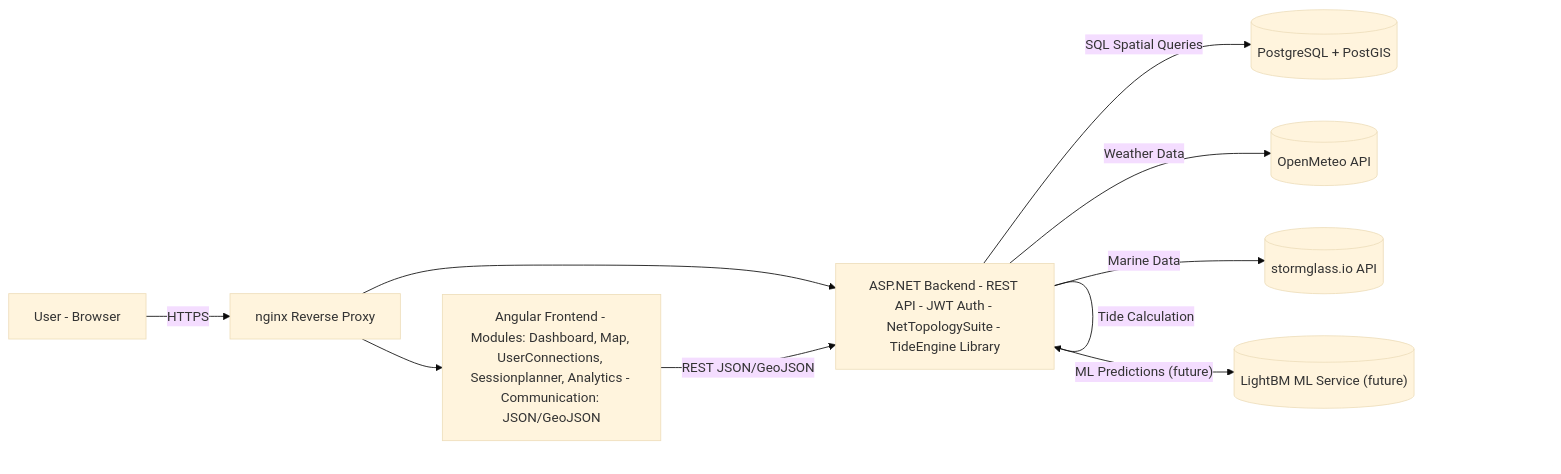
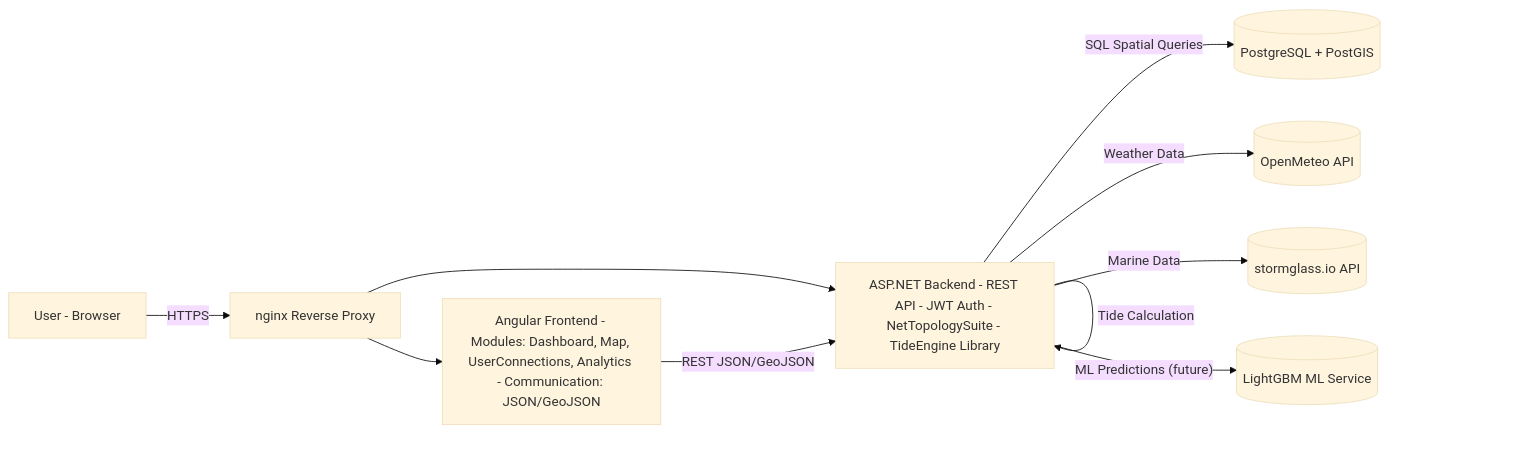
One commit to tmbnrt/SurfScout_App changed the second of 3 diagrams in README.md. Above: the diagram before and after it, drawn with Mermaid (base theme). The commit also changed other lines of this file, not shown here.

````diff
--- a/README.md
+++ b/README.md
@@ -92,28 +92,28 @@
 ```mermaid
 flowchart LR
     User2["User - Browser"]
 
-    FE["Angular Frontend - Modules: Dashboard, Map, UserConnections, Sessionplanner, Analytics - Communication: JSON/GeoJSON"]
+    FE["Angular Frontend - Modules: Dashboard, Map, UserConnections, Analytics - Communication: JSON/GeoJSON"]
 
     BE["ASP.NET Backend - REST API - JWT Auth - NetTopologySuite - TideEngine Library"]
 
     DB[("PostgreSQL + PostGIS")]
 
     OpenMeteo2[("OpenMeteo API")]
     Stormglass2[("stormglass.io API")]
-    LightBM2[("LightBM ML Service (future)")]
+    LightBM2[("LightGBM ML Service")]
 
     NGINX["nginx Reverse Proxy"]
 
     User2 -->|"HTTPS"| NGINX
     NGINX --> FE
     NGINX --> BE
 
     FE -->|"REST JSON/GeoJSON"| BE
     BE -->|"SQL Spatial Queries"| DB
 
     BE -->|"Weather Data"| OpenMeteo2
     BE -->|"Marine Data"| Stormglass2
     BE -->|"Tide Calculation"| BE
     BE -->|"ML Predictions (future)"| LightBM2
 ```
````
